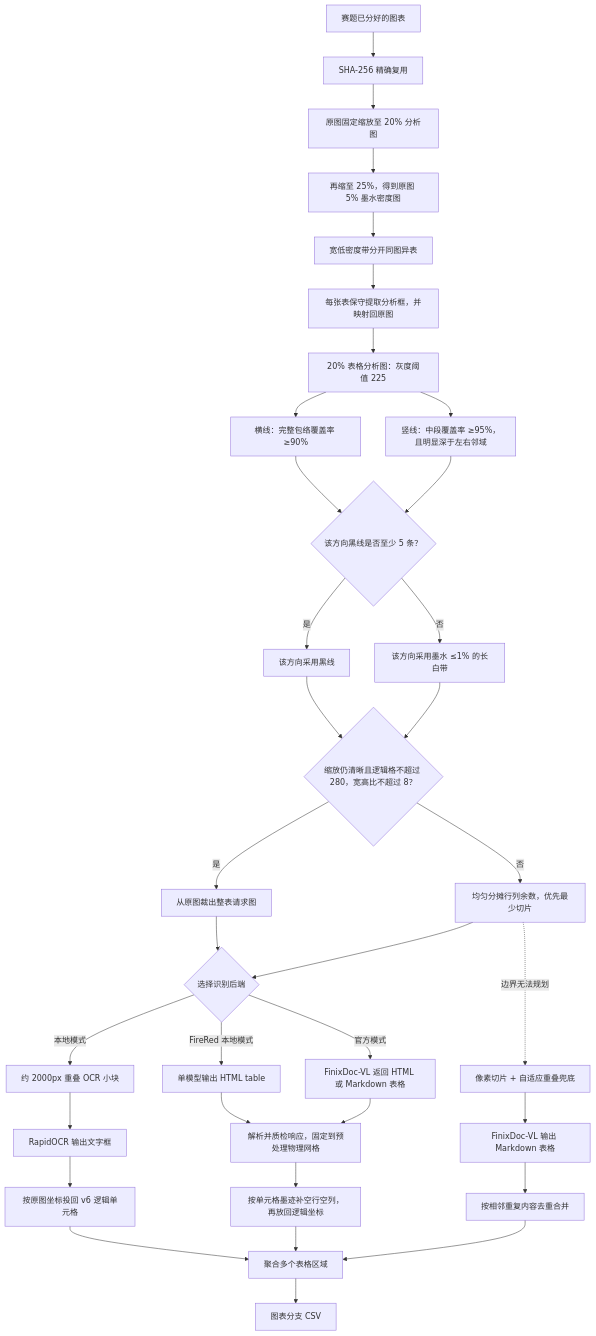
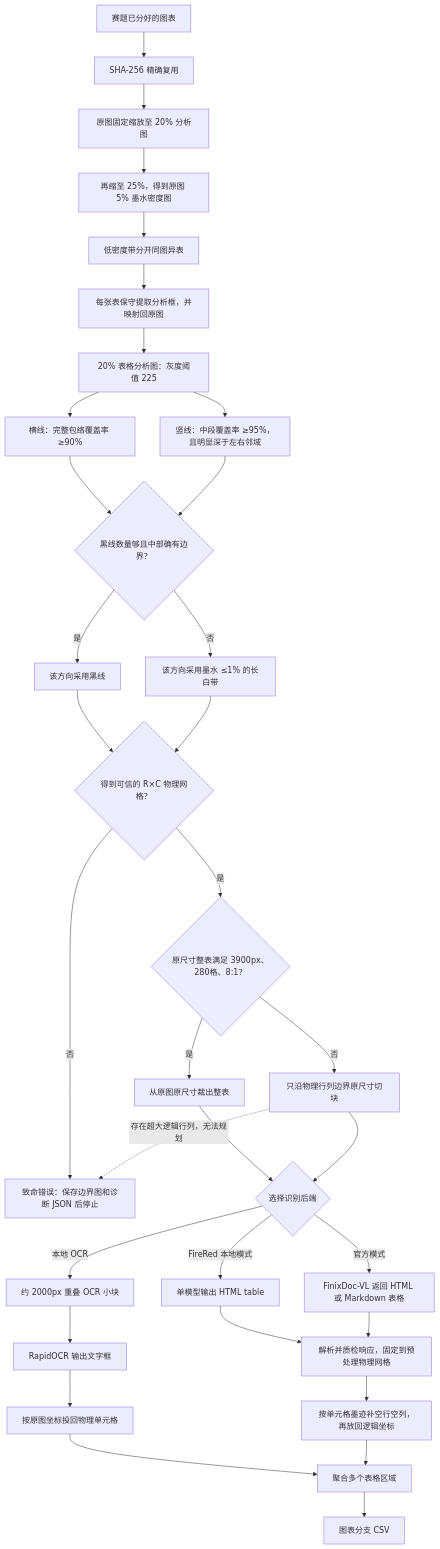
The diagram in afac_pipeline/table/README.md (AAAXXS-0/CAFA6202), drawn with Mermaid before and after one commit. The commit also changed other lines of this file and 13 other files, not shown here.

Commit message:
fix:图表预处理禁用缩放兜底

````diff
--- a/afac_pipeline/table/README.md
+++ b/afac_pipeline/table/README.md
@@ -6,36 +6,35 @@
 ```mermaid
 flowchart TD
     A["赛题已分好的图表"] --> B["SHA-256 精确复用"]
     B --> C["原图固定缩放至 20% 分析图"]
     C --> D["再缩至 25%，得到原图 5% 墨水密度图"]
-    D --> E["宽低密度带分开同图异表"]
+    D --> E["低密度带分开同图异表"]
     E --> F["每张表保守提取分析框，并映射回原图"]
     F --> G["20% 表格分析图：灰度阈值 225"]
     G --> HR["横线：完整包络覆盖率 ≥90%"]
     G --> HC["竖线：中段覆盖率 ≥95%，且明显深于左右邻域"]
-    HR --> V{"该方向黑线是否至少 5 条？"}
+    HR --> V{"黑线数量够且中部确有边界？"}
     HC --> V
     V -- "是" --> I["该方向采用黑线"]
     V -- "否" --> W["该方向采用墨水 ≤1% 的长白带"]
-    I --> X{"缩放仍清晰且逻辑格不超过 280，宽高比不超过 8？"}
-    W --> X
-    X -- "是" --> Y["从原图裁出整表请求图"]
-    X -- "否" --> J["均匀分摊行列余数，优先最少切片"]
-    J -. "边界无法规划" .-> N["像素切片 + 自适应重叠兜底"]
+    I --> K{"得到可信的 R×C 物理网格？"}
+    W --> K
+    K -- "否" --> FE["致命错误：保存边界图和诊断 JSON 后停止"]
+    K -- "是" --> X{"原尺寸整表满足 3900px、280格、8:1？"}
+    X -- "是" --> Y["从原图原尺寸裁出整表"]
+    X -- "否" --> J["只沿物理行列边界原尺寸切块"]
+    J -. "存在超大逻辑行列，无法规划" .-> FE
     Y --> Z{"选择识别后端"}
     J --> Z
     Z -- "官方模式" --> O["FinixDoc-VL 返回 HTML 或 Markdown 表格"]
     Z -- "FireRed 本地模式" --> FO["单模型输出 HTML table"]
     FO --> Q
-    Z -- "本地模式" --> LO["约 2000px 重叠 OCR 小块"]
+    Z -- "本地 OCR" --> LO["约 2000px 重叠 OCR 小块"]
     LO --> LC["RapidOCR 输出文字框"]
-    LC --> LD["按原图坐标投回 v6 逻辑单元格"]
+    LC --> LD["按原图坐标投回物理单元格"]
     LD --> T
-    N --> P["FinixDoc-VL 输出 Markdown 表格"]
     O --> Q["解析并质检响应，固定到预处理物理网格"]
     Q --> R["按单元格墨迹补空行空列，再放回逻辑坐标"]
-    P --> S["按相邻重复内容去重合并"]
     R --> T["聚合多个表格区域"]
-    S --> T
     T --> U["图表分支 CSV"]
 ```
````
